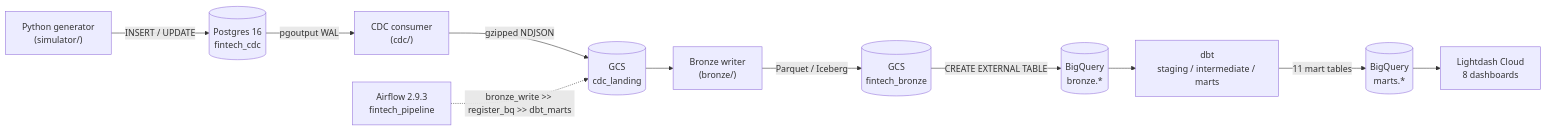
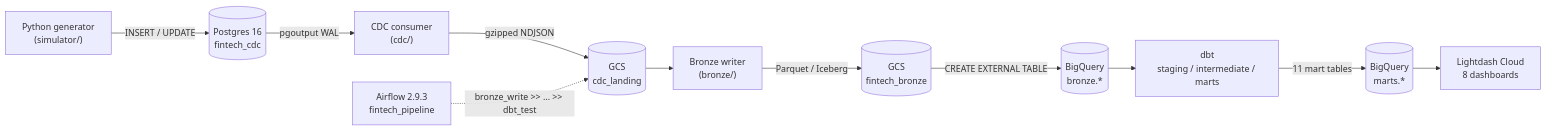
One commit to ashleyesau/fintech-payments changed the diagram in README.md. Above: the diagram before and after it, drawn with Mermaid. The commit also changed 4 other files, not shown here.

Commit message:
fix stale adc.json reference, add dbt deps to dbt_test, update task counts in docs

````diff
--- a/README.md
+++ b/README.md
@@ -29,13 +29,13 @@
 ```mermaid
 flowchart LR
     sim["Python generator\n(simulator/)"] -->|INSERT / UPDATE| pg[("Postgres 16\nfintech_cdc")]
     pg -->|pgoutput WAL| cdc["CDC consumer\n(cdc/)"]
     cdc -->|gzipped NDJSON| gcs_land[("GCS\ncdc_landing")]
     gcs_land --> bronze["Bronze writer\n(bronze/)"]
     bronze -->|Parquet / Iceberg| gcs_bronze[("GCS\nfintech_bronze")]
     gcs_bronze -->|CREATE EXTERNAL TABLE| bq[("BigQuery\nbronze.*")]
     bq --> dbt["dbt\nstaging / intermediate / marts"]
     dbt -->|11 mart tables| bq_marts[("BigQuery\nmarts.*")]
     bq_marts --> lightdash["Lightdash Cloud\n8 dashboards"]
-    airflow["Airflow 2.9.3\nfintech_pipeline"] -.->|bronze_write >> register_bq >> dbt_marts| gcs_land
+    airflow["Airflow 2.9.3\nfintech_pipeline"] -.->|bronze_write >> ... >> dbt_test| gcs_land
 ```
````
